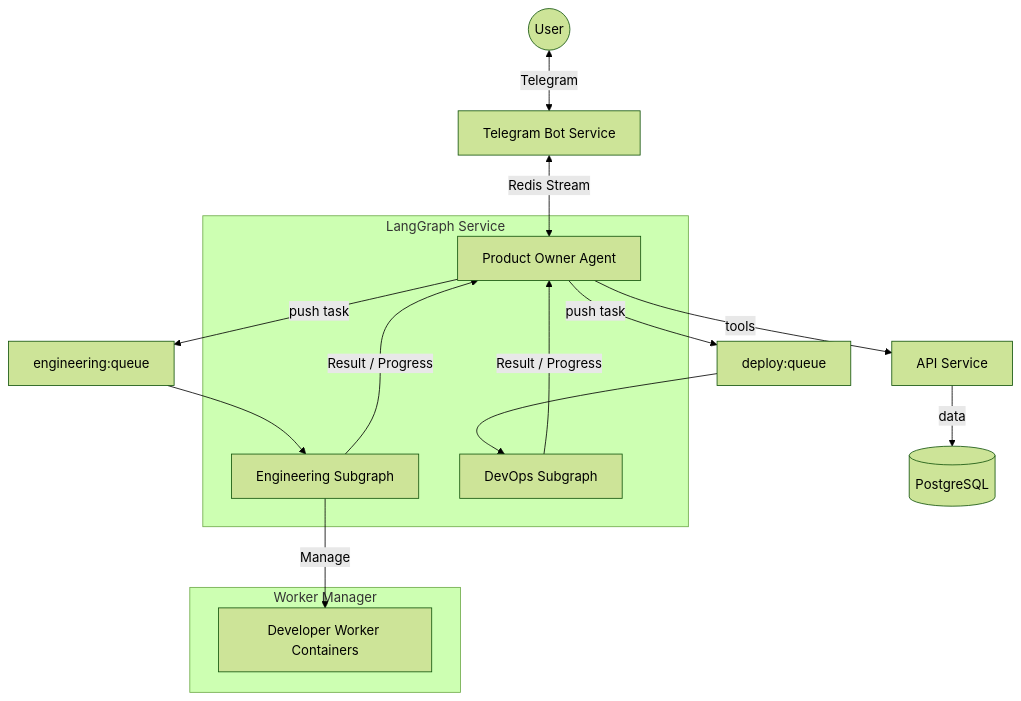
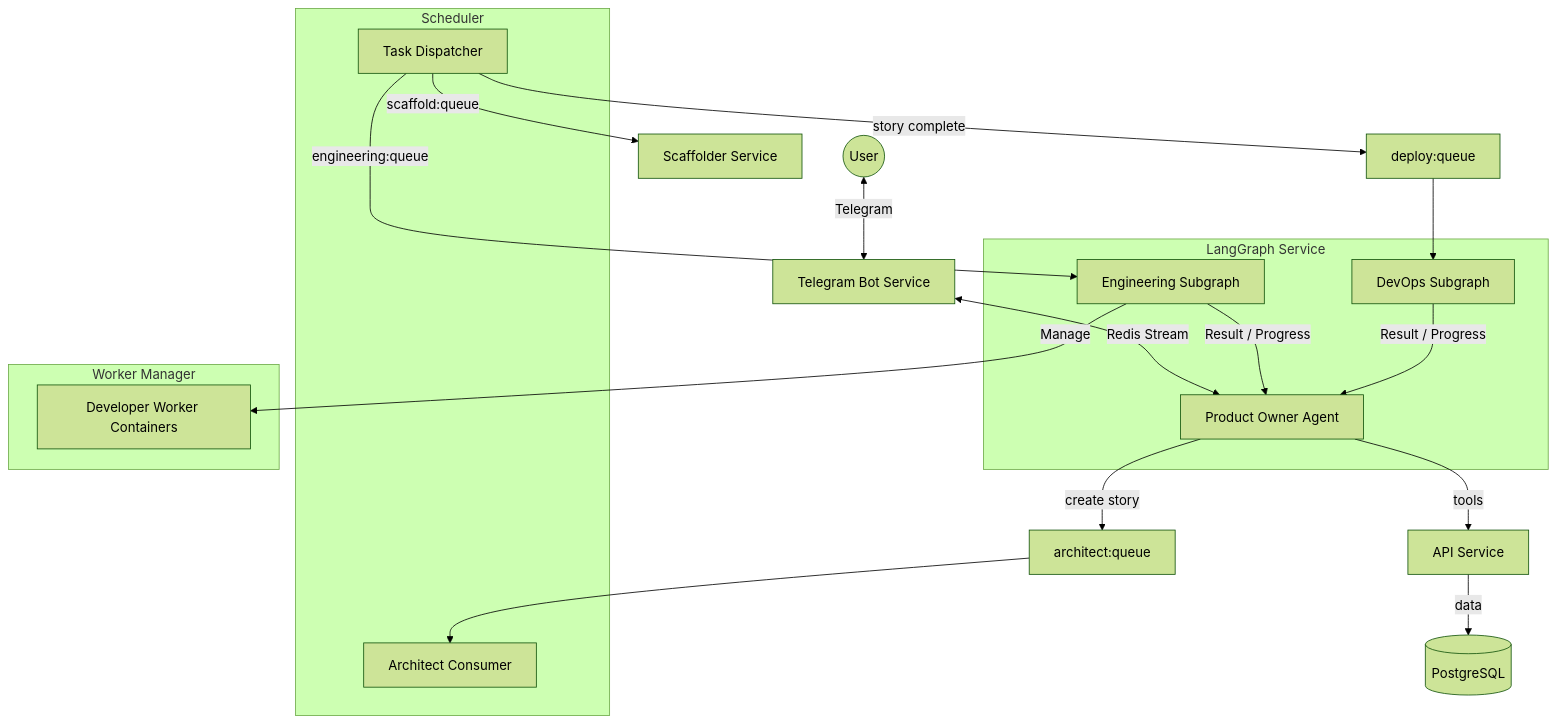
The diagram in README.md (vladmesh/codegen_orchestrator), drawn with Mermaid (forest theme) before and after one commit. The commit also changed other lines of this file and 12 other files, not shown here.

````diff
--- a/README.md
+++ b/README.md
@@ -18,30 +18,37 @@
 ```mermaid
 graph TD
     User((User)) <--> |Telegram| Bot[Telegram Bot Service]
     Bot <--> |"Redis Stream"| PO[Product Owner Agent]
-    
+
     subgraph "LangGraph Service"
         PO
         EngGraph[Engineering Subgraph]
         DepGraph[DevOps Subgraph]
     end
-    
+
     PO --> |"tools"| API[API Service]
-    PO --> |"push task"| EngQueue[engineering:queue]
-    PO --> |"push task"| DeployQueue[deploy:queue]
-    
+    PO --> |"create story"| ArchQueue[architect:queue]
+
+    subgraph "Scheduler"
+        Dispatcher[Task Dispatcher]
+        ArchConsumer[Architect Consumer]
+    end
+
+    Dispatcher --> |"scaffold:queue"| Scaffolder[Scaffolder Service]
+    ArchQueue --> ArchConsumer
+    Dispatcher --> |"engineering:queue"| EngGraph
+    Dispatcher --> |"story complete"| DeployQueue[deploy:queue]
+
     subgraph "Worker Manager"
         Worker[Developer Worker Containers]
     end
-    
+
     EngGraph --> |"Manage"| Worker
-    
+
     API --> |"data"| DB[(PostgreSQL)]
-    
-    EngQueue --> EngGraph
     DeployQueue --> DepGraph
 
     %% Feedback Loops
     EngGraph --> |"Result / Progress"| PO
     DepGraph --> |"Result / Progress"| PO
 ```
````
